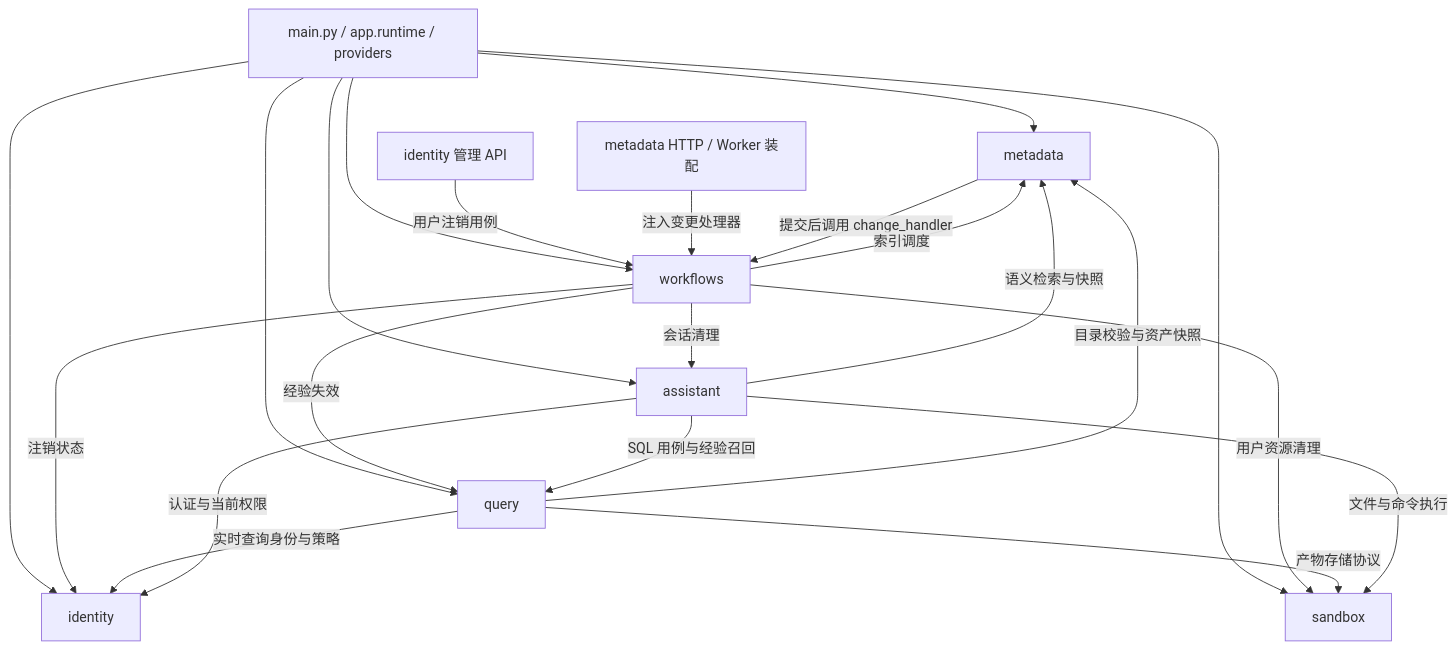
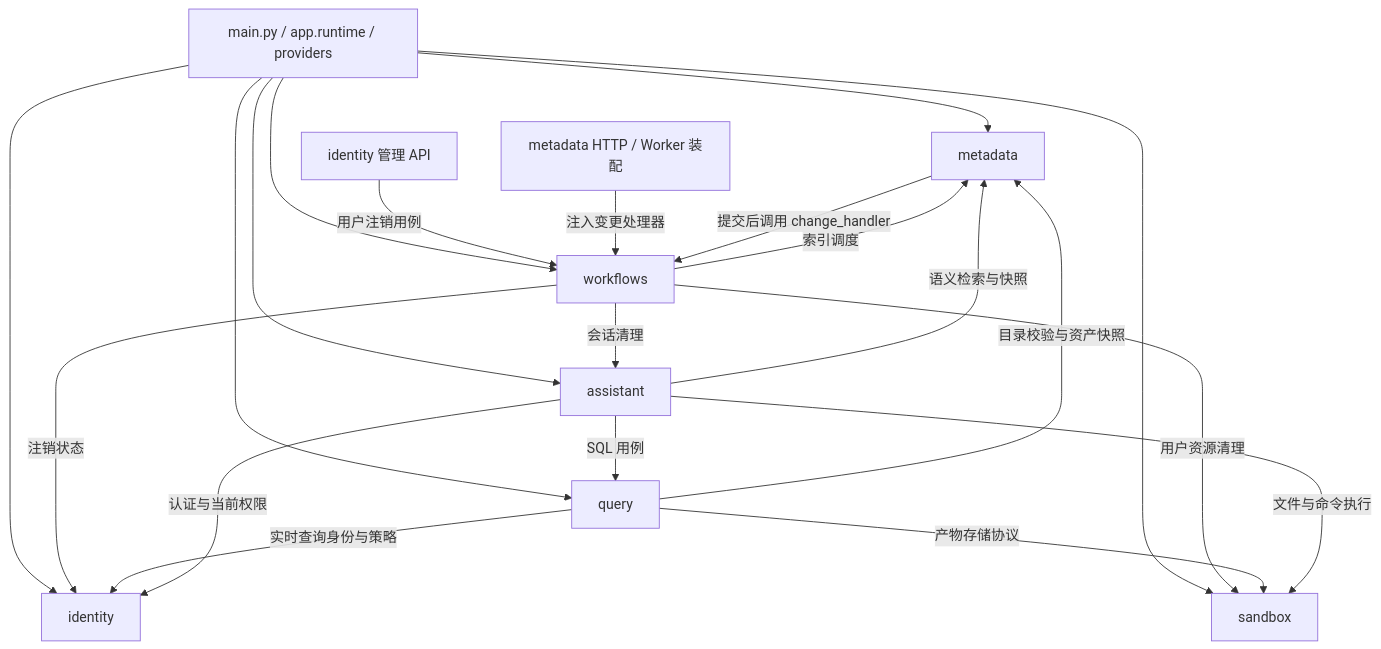
One commit to 2739673455/dataagent changed the second of 4 diagrams in docs/00_架构与协作总览.md. Above: the diagram before and after it, drawn with Mermaid. The commit also changed other lines of this file and 63 other files, not shown here.

````diff
--- a/docs/00_架构与协作总览.md
+++ b/docs/00_架构与协作总览.md
@@ -798,24 +756,23 @@
 ```mermaid
 flowchart TD
     ROOT[main.py / app.runtime / providers] --> ID[identity]
     ROOT --> META[metadata]
     ROOT --> QUERY[query]
     ROOT --> ASSIST[assistant]
     ROOT --> SANDBOX[sandbox]
     ROOT --> FLOW[workflows]
     IDAPI[identity 管理 API] -->|用户注销用例| FLOW
     METAAPI[metadata HTTP / Worker 装配] -->|注入变更处理器| FLOW
     META -->|提交后调用 change_handler| FLOW
-    FLOW -->|经验失效| QUERY
     FLOW -->|索引调度| META
     FLOW -->|注销状态| ID
     FLOW -->|会话清理| ASSIST
     FLOW -->|用户资源清理| SANDBOX
     QUERY -->|实时查询身份与策略| ID
     QUERY -->|目录校验与资产快照| META
     QUERY -->|产物存储协议| SANDBOX
     ASSIST -->|认证与当前权限| ID
     ASSIST -->|语义检索与快照| META
-    ASSIST -->|SQL 用例与经验召回| QUERY
+    ASSIST -->|SQL 用例| QUERY
     ASSIST -->|文件与命令执行| SANDBOX
 ```
````
